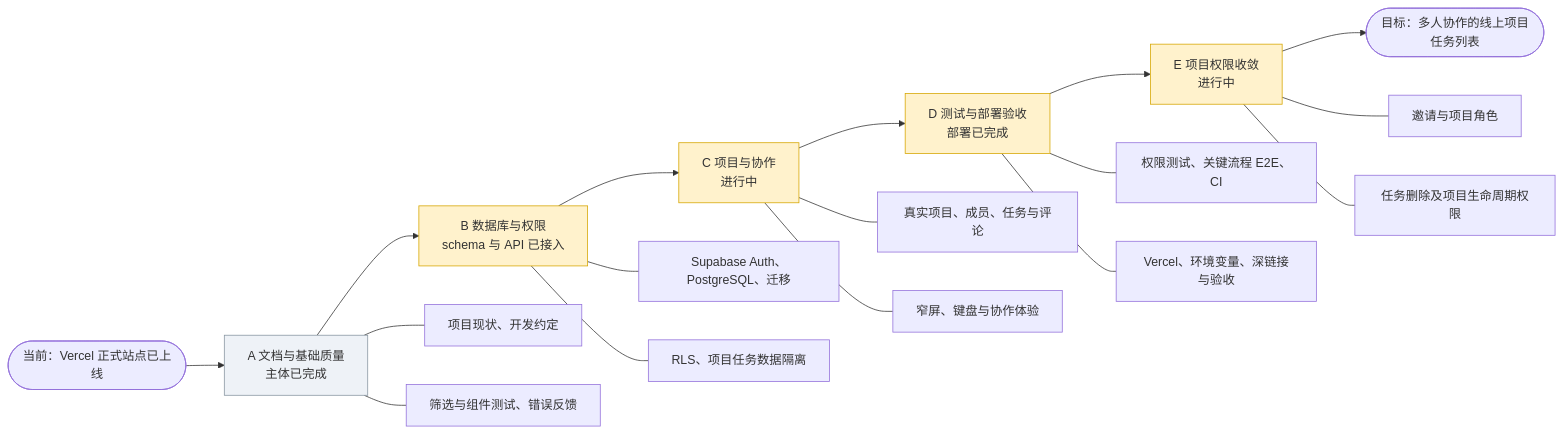
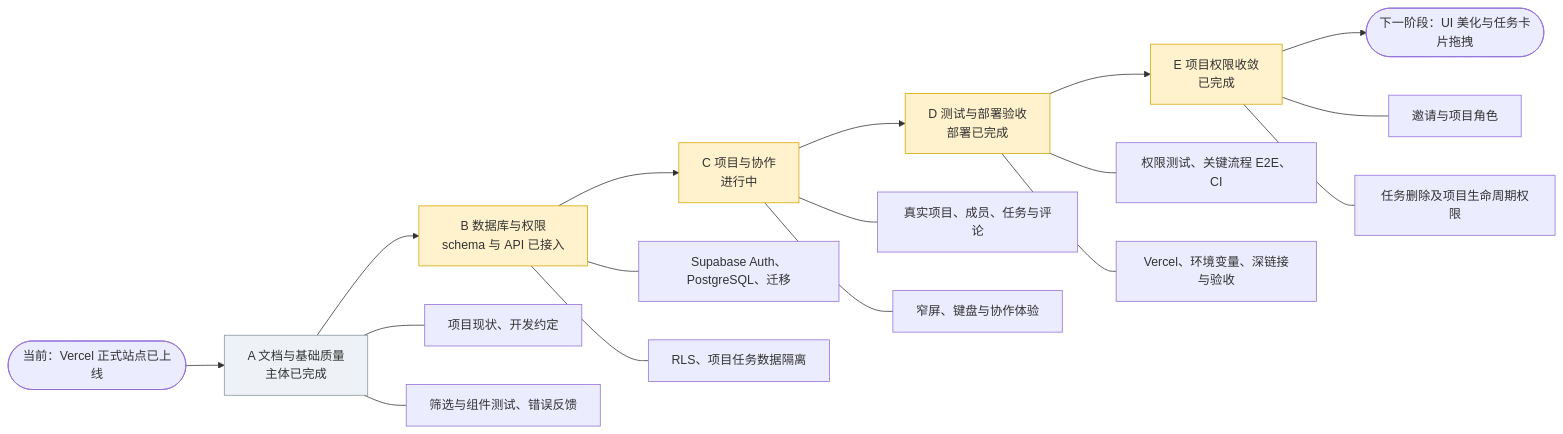
Before and after one commit to fartmonarch/tasks-board: the diagram in docs/阶段进度速查.md, drawn with Mermaid. The commit also changed other lines of this file and 11 other files, not shown here.

````diff
--- a/docs/阶段进度速查.md
+++ b/docs/阶段进度速查.md
@@ -58,25 +78,25 @@
 ```mermaid
 flowchart LR
   S([当前：Vercel 正式站点已上线]) --> A["A 文档与基础质量<br/>主体已完成"]
   A --> B["B 数据库与权限<br/>schema 与 API 已接入"]
   B --> C["C 项目与协作<br/>进行中"]
   C --> D["D 测试与部署验收<br/>部署已完成"]
-  D --> E["E 项目权限收敛<br/>进行中"]
-  E --> G([目标：多人协作的线上项目任务列表])
+  D --> E["E 项目权限收敛<br/>已完成"]
+  E --> F([下一阶段：UI 美化与任务卡片拖拽])
 
   A --- A1[项目现状、开发约定]
   A --- A2[筛选与组件测试、错误反馈]
   B --- B1[Supabase Auth、PostgreSQL、迁移]
   B --- B2[RLS、项目任务数据隔离]
   C --- C1[真实项目、成员、任务与评论]
   C --- C2[窄屏、键盘与协作体验]
   D --- D1[权限测试、关键流程 E2E、CI]
   D --- D2[Vercel、环境变量、深链接与验收]
   E --- E1[邀请与项目角色]
   E --- E2[任务删除及项目生命周期权限]
 
   classDef active fill:#fff2cc,stroke:#d6a600,color:#333
   classDef planned fill:#eef2f7,stroke:#8795a1,color:#333
   class B,C,D,E active
   class A planned
 ```
````
